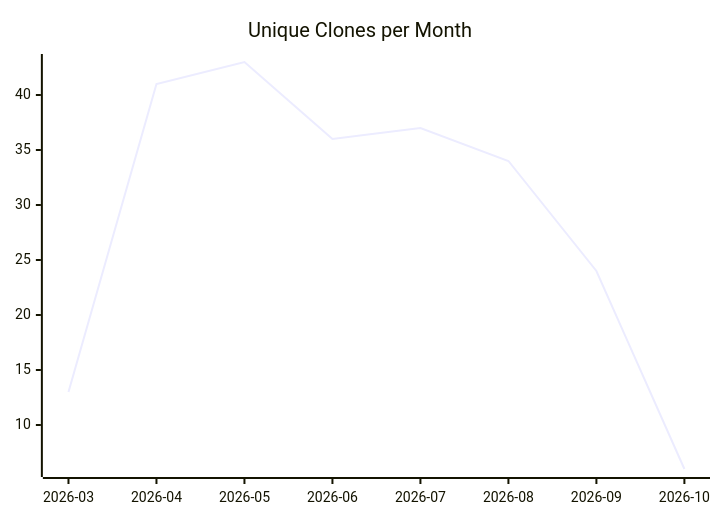
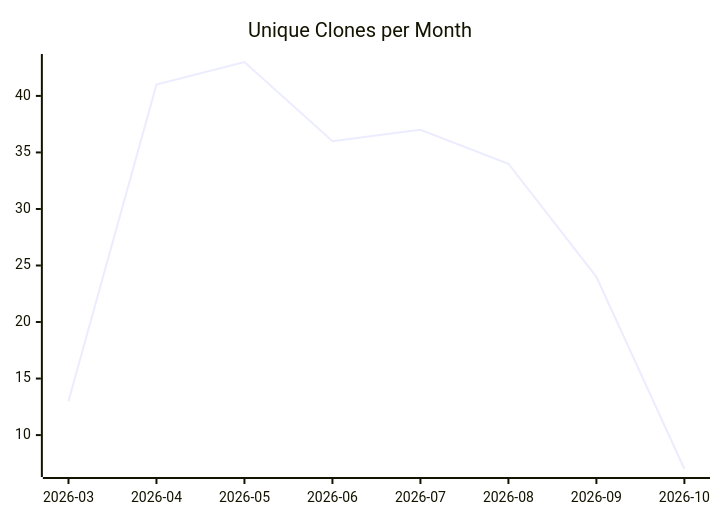
One commit to justdavis-family/github-analytics-data changed the third of 3 diagrams in karlmdavis/usgs-water-api-java/README.md. Above: the diagram before and after it, drawn with Mermaid. The commit also changed other lines of this file and 199 other files, not shown here.

````diff
--- a/karlmdavis/usgs-water-api-java/README.md
+++ b/karlmdavis/usgs-water-api-java/README.md
@@ -19,6 +19,6 @@
 ```mermaid
 xychart-beta
   title "Unique Clones per Month"
   x-axis ["2026-03", "2026-04", "2026-05", "2026-06", "2026-07", "2026-08", "2026-09", "2026-10"]
-  line [13, 41, 43, 36, 37, 34, 24, 6]
+  line [13, 41, 43, 36, 37, 34, 24, 7]
 ```
````
